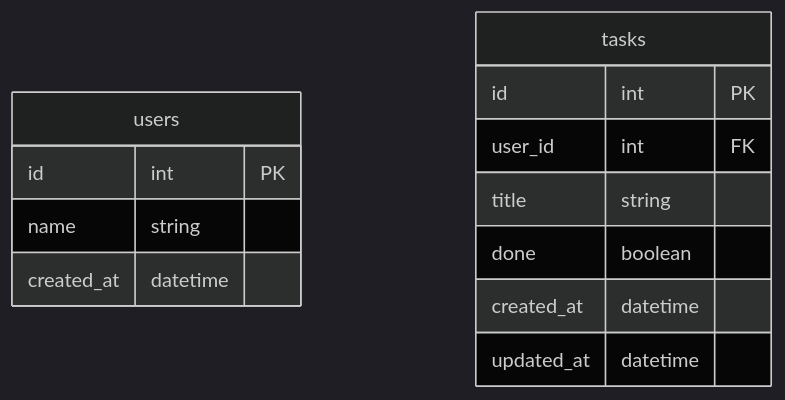
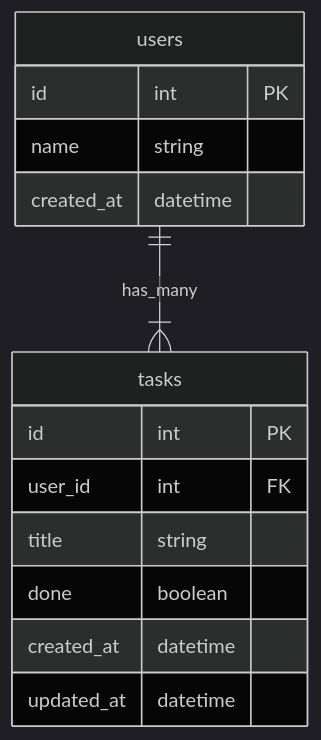
The diagram in src/FastAPI/README.md (youichiro/handbook), drawn with Mermaid (dark theme) before and after one commit. The commit also changed 5 other files, not shown here.

````diff
--- a/src/FastAPI/README.md
+++ b/src/FastAPI/README.md
@@ -21,16 +21,17 @@
 ```mermaid
 erDiagram
     users {
         id int PK
         name string
         created_at datetime
     }
     tasks {
         id int PK
         user_id int FK
         title string
         done boolean
         created_at datetime
         updated_at datetime
     }
+    users ||--|{ tasks : has_many
 ```
````
